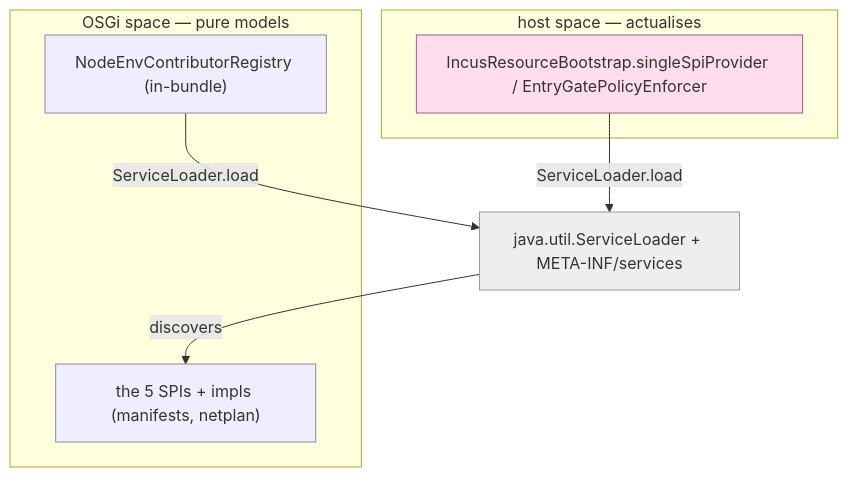
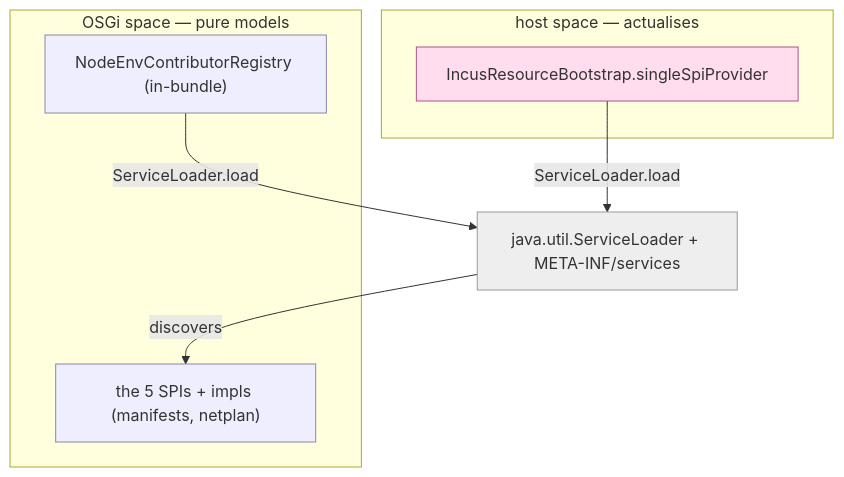
One commit to nxmatic/rke2lab changed the second of 4 diagrams in docs/architecture/atlas/runtime.adoc. Above: the diagram before and after it, drawn with Mermaid. The commit also changed other lines of this file and 46 other files, not shown here.

First line of the commit message:
feat(worktree,incus): self-contained grow plan + OSGi-side entry gate + worktree-contract fold

```diff
--- a/docs/architecture/atlas/runtime.adoc
+++ b/docs/architecture/atlas/runtime.adoc
@@ -126,21 +126,21 @@
 [mermaid]
 ....
 flowchart TB
   subgraph OSGI["OSGi space — pure models"]
     spi["the 5 SPIs + impls (manifests, netplan)"]:::osgi
     reg2["NodeEnvContributorRegistry (in-bundle)"]:::osgi
   end
   subgraph HOST["host space — actualises"]
-    seam0["IncusResourceBootstrap.singleSpiProvider / EntryGatePolicyEnforcer"]:::host
+    seam0["IncusResourceBootstrap.singleSpiProvider"]:::host
   end
   sl["java.util.ServiceLoader + META-INF/services"]:::found
   seam0 -->|"ServiceLoader.load"| sl
   reg2 -->|"ServiceLoader.load"| sl
   sl -->|discovers| spi
   classDef osgi fill:#eef,stroke:#88a,stroke-width:1px;
   classDef host fill:#fde,stroke:#a58,stroke-width:1px;
   classDef found fill:#eee,stroke:#999,stroke-width:1px;
   class spi,reg2 osgi;
   class seam0 host;
   class sl found;
 ....
```
